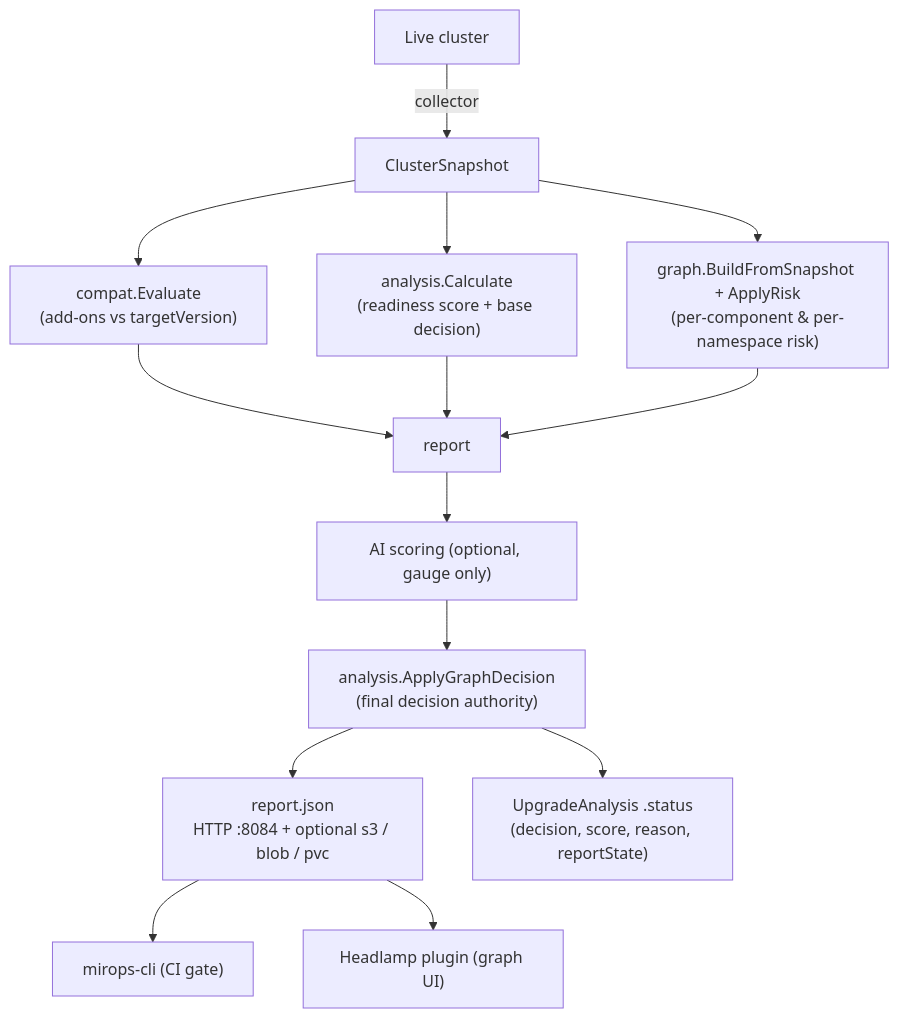
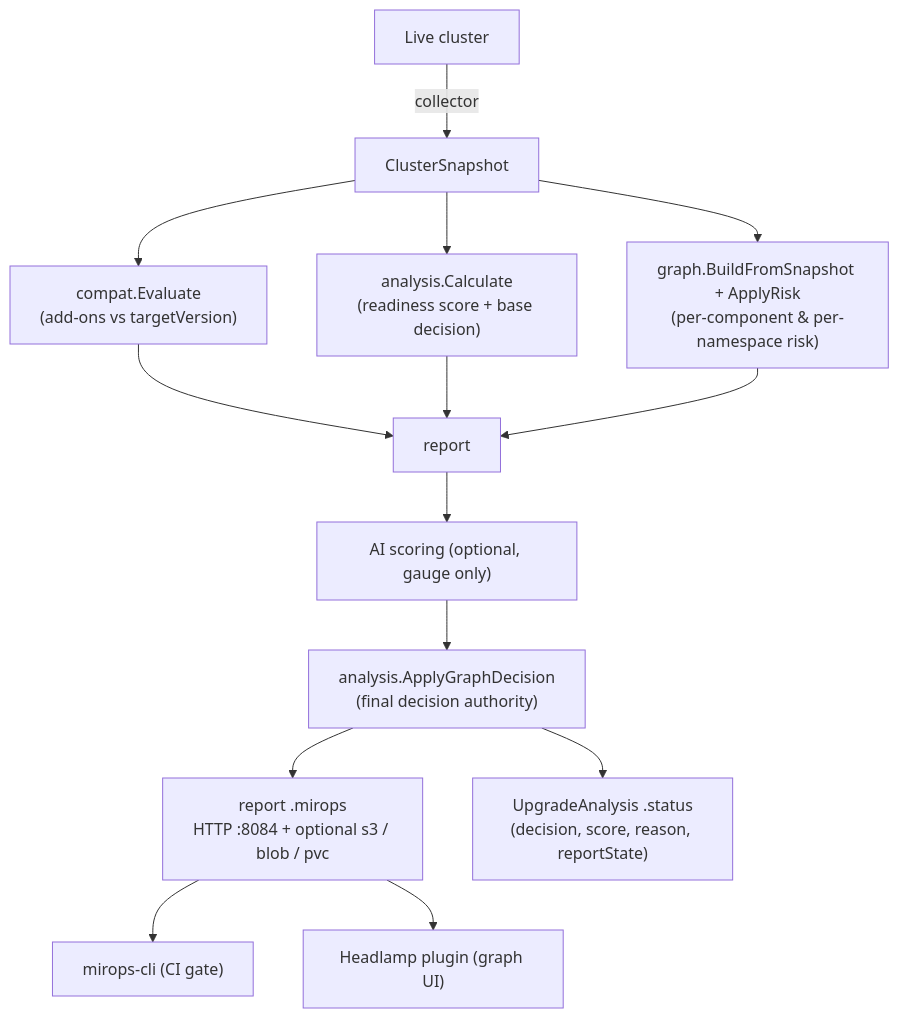
One commit to miropshq/mirops changed the second of 3 diagrams in README.md. Above: the diagram before and after it, drawn with Mermaid. The commit also changed other lines of this file, not shown here.

Commit message:
docs: .mirops extension for all destinations; reframe pvc as in-cluster persistent storage

````diff
--- a/README.md
+++ b/README.md
@@ -51,16 +51,16 @@
 ```mermaid
 flowchart TD
     A["Live cluster"] -->|collector| B["ClusterSnapshot"]
     B --> C["compat.Evaluate<br/>(add-ons vs targetVersion)"]
     B --> D["analysis.Calculate<br/>(readiness score + base decision)"]
     B --> E["graph.BuildFromSnapshot + ApplyRisk<br/>(per-component & per-namespace risk)"]
     C --> F["report"]
     D --> F
     E --> F
     F --> G["AI scoring (optional, gauge only)"]
     G --> H["analysis.ApplyGraphDecision<br/>(final decision authority)"]
-    H --> I["report.json<br/>HTTP :8084 + optional s3 / blob / pvc"]
+    H --> I["report .mirops<br/>HTTP :8084 + optional s3 / blob / pvc"]
     I --> J["mirops-cli (CI gate)"]
     I --> K["Headlamp plugin (graph UI)"]
     H --> L["UpgradeAnalysis .status<br/>(decision, score, reason, reportState)"]
 ```
````
